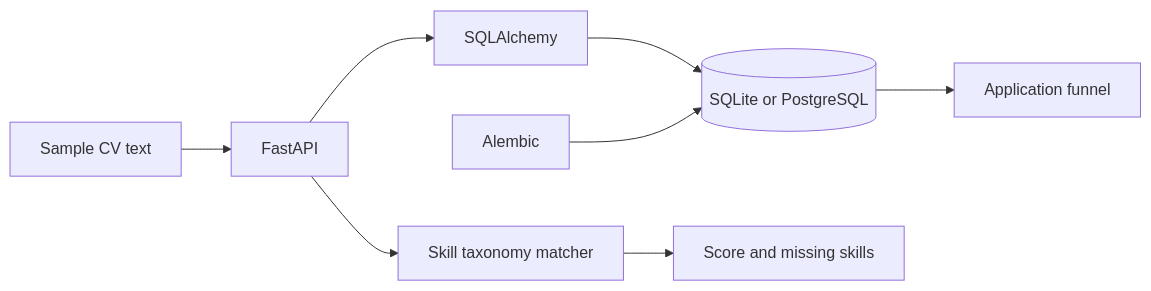
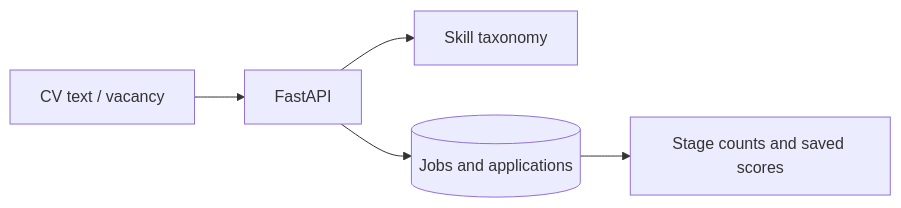
One commit to faizansahi/ai-job-application-tracker changed the diagram in README.md. Above: the diagram before and after it, drawn with Mermaid. The commit also changed other lines of this file and 14 other files, not shown here.

````diff
--- a/README.md
+++ b/README.md
@@ -32,10 +69,7 @@
-```mermaid
+~~~mermaid
 flowchart LR
-  CV[Sample CV text] --> API[FastAPI]
-  API --> Match[Skill taxonomy matcher]
-  API --> ORM[SQLAlchemy]
-  ORM --> DB[(SQLite or PostgreSQL)]
-  Match --> Score[Score and missing skills]
-  DB --> Analytics[Application funnel]
-  Alembic --> DB
-```
+  Request[CV text / vacancy] --> API[FastAPI]
+  API --> Match[Skill taxonomy]
+  API --> DB[(Jobs and applications)]
+  DB --> Analytics[Stage counts and saved scores]
+~~~
````
